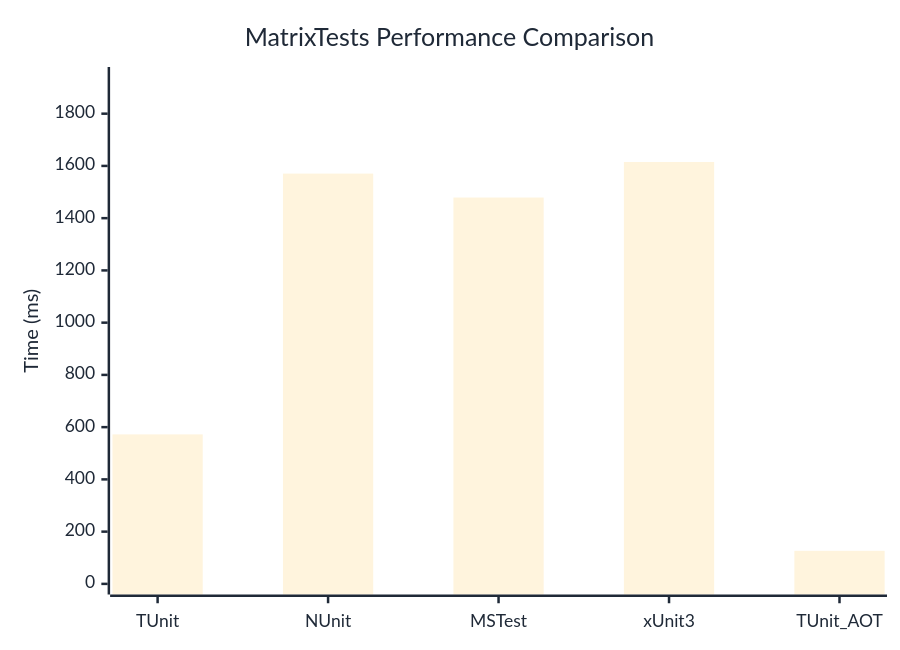
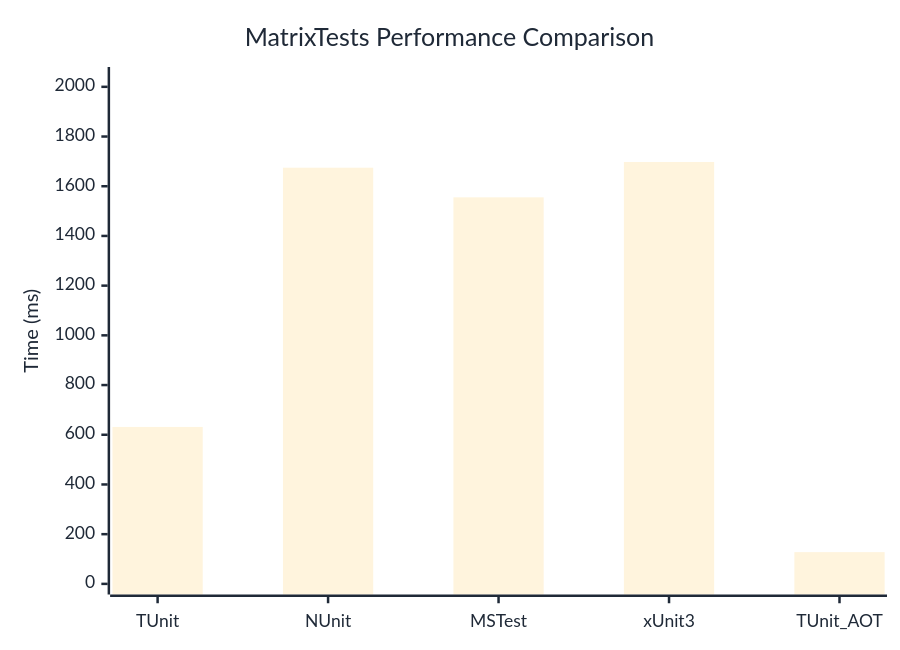
Before and after one commit to thomhurst/TUnit: the diagram in docs/docs/benchmarks/MatrixTests.md, drawn with Mermaid. The commit also changed other lines of this file and 16 other files, not shown here.

````diff
--- a/docs/docs/benchmarks/MatrixTests.md
+++ b/docs/docs/benchmarks/MatrixTests.md
@@ -27,37 +27,37 @@
 ```mermaid
 %%{init: {
   'theme':'base',
   'themeVariables': {
     'primaryColor': '#2563eb',
     'primaryTextColor': '#1f2937',
     'primaryBorderColor': '#1e40af',
     'lineColor': '#6b7280',
     'secondaryColor': '#7c3aed',
     'tertiaryColor': '#dc2626',
     'background': '#ffffff',
     'mainBkg': '#2563eb',
     'secondBkg': '#7c3aed',
     'tertiaryBkg': '#dc2626',
     'clusterBkg': '#f3f4f6',
     'edgeLabelBackground': '#ffffff',
     'tertiaryTextColor': '#1f2937',
     'pie1': '#2563eb',
     'pie2': '#7c3aed',
     'pie3': '#dc2626',
     'pie4': '#f59e0b',
     'pie5': '#10b981',
     'pie6': '#06b6d4',
     'pie7': '#ec4899',
     'pie8': '#6366f1',
     'pie9': '#84cc16',
     'pie10': '#f97316',
     'pie11': '#14b8a6',
     'pie12': '#a855f7'
   }
 }}%%
 xychart-beta
   title "MatrixTests Performance Comparison"
   x-axis ["TUnit", "NUnit", "MSTest", "xUnit3", "TUnit_AOT"]
-  y-axis "Time (ms)" 0 --> 1938
-  bar [572.3, 1570.6, 1479, 1615, 126.5]
+  y-axis "Time (ms)" 0 --> 2037
+  bar [631.5, 1674.5, 1555.3, 1697.4, 127.7]
 ```
````
